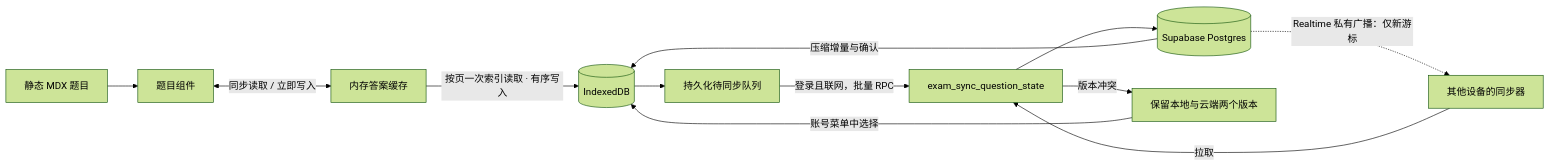
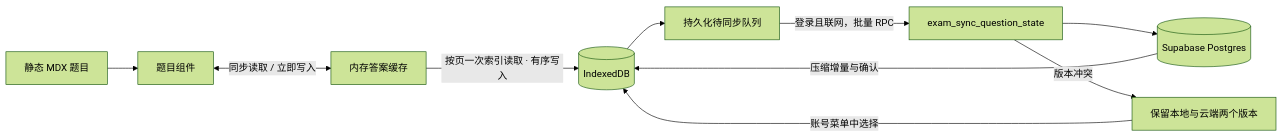
The diagram in docs/question-database.md (ActiveInsighter/exam-docs), drawn with Mermaid (forest theme) before and after one commit. The commit also changed other lines of this file and 14 other files, not shown here.

````diff
--- a/docs/question-database.md
+++ b/docs/question-database.md
@@ -23,14 +23,12 @@
 ```mermaid
 flowchart LR
   MDX[静态 MDX 题目] --> UI[题目组件]
   UI <-->|同步读取 / 立即写入| Cache[内存答案缓存]
   Cache -->|按页一次索引读取 · 有序写入| IDB[(IndexedDB)]
   IDB --> Outbox[持久化待同步队列]
   Outbox -->|登录且联网，批量 RPC| RPC[exam_sync_question_state]
   RPC --> DB[(Supabase Postgres)]
   DB -->|压缩增量与确认| IDB
-  DB -.->|Realtime 私有广播：仅新游标| Engine[其他设备的同步器]
-  Engine -->|拉取| RPC
   RPC -->|版本冲突| Conflict[保留本地与云端两个版本]
   Conflict -->|账号菜单中选择| IDB
 ```
````
